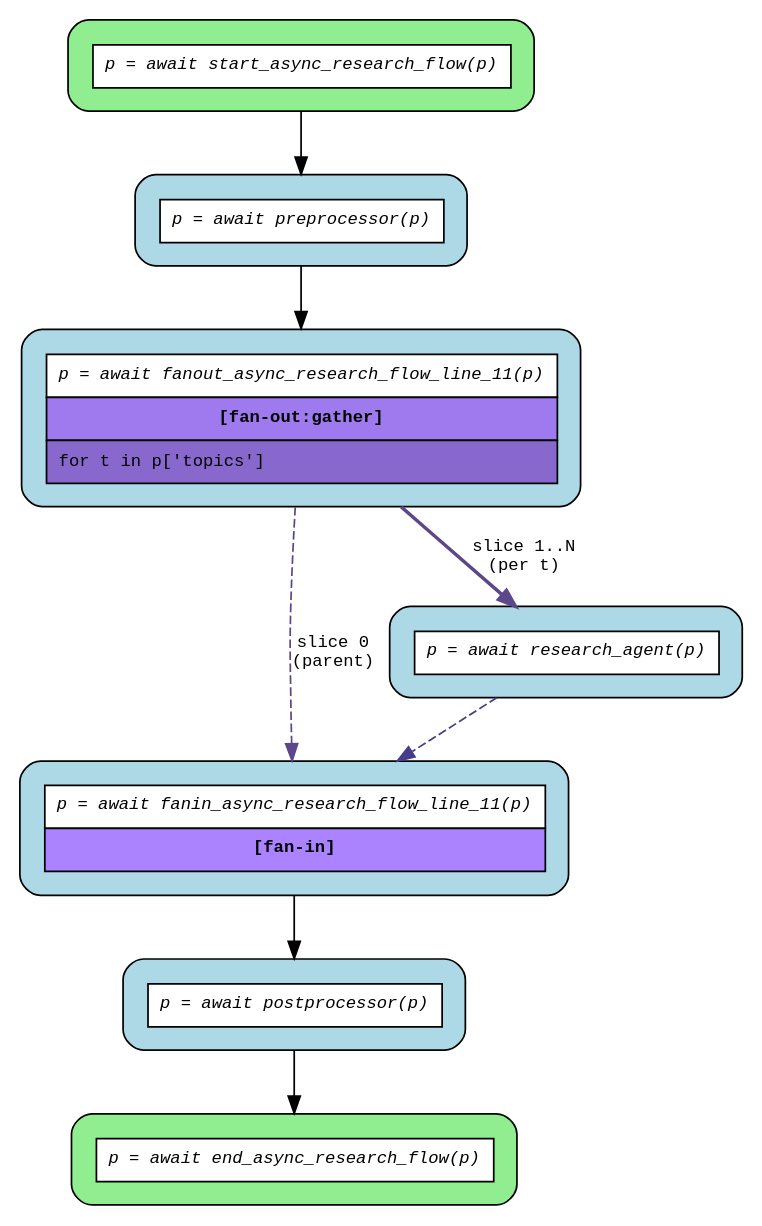
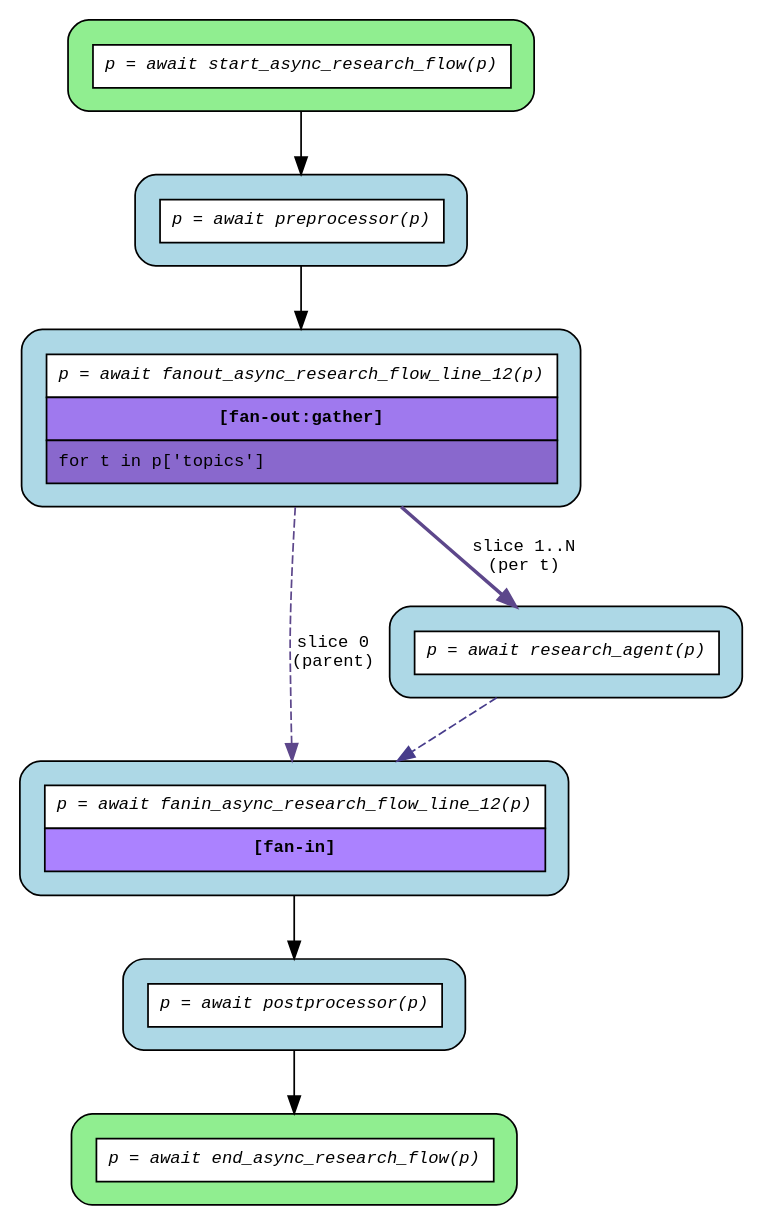
Before and after one commit to deliveryhero/asya: the diagram in examples/flows/compiled/fanout_gather/flow.dot, drawn with Graphviz. The commit also changed 7 other files, not shown here.

```diff
--- a/examples/flows/compiled/fanout_gather/flow.dot
+++ b/examples/flows/compiled/fanout_gather/flow.dot
@@ -1,22 +1,22 @@
 digraph flow {
   rankdir=TB;
   graph [fontname="Courier", fontsize=10];
   node [fontname="Courier", fontsize=10, shape=box, style="filled,rounded", margin="0.2"];
   edge [fontname="Courier", fontsize=10];
 
   start_async_research_flow [fillcolor="lightgreen", group="main", label=<<table border="0" cellspacing="0" cellpadding="6" cellborder="1"><tr><td bgcolor="white" align="center"><i>p = await start_async_research_flow(p)</i></td></tr></table>>];
-  fanout_async_research_flow_line_11 [fillcolor="lightblue", group="main", label=<<table border="0" cellspacing="0" cellpadding="6" cellborder="1"><tr><td bgcolor="white" align="center"><i>p = await fanout_async_research_flow_line_11(p)</i></td></tr><tr><td bgcolor="mediumpurple2" align="center"><b>[fan-out:gather]</b></td></tr><tr><td bgcolor="mediumpurple3" align="left">for t in p['topics']</td></tr></table>>];
+  fanout_async_research_flow_line_12 [fillcolor="lightblue", group="main", label=<<table border="0" cellspacing="0" cellpadding="6" cellborder="1"><tr><td bgcolor="white" align="center"><i>p = await fanout_async_research_flow_line_12(p)</i></td></tr><tr><td bgcolor="mediumpurple2" align="center"><b>[fan-out:gather]</b></td></tr><tr><td bgcolor="mediumpurple3" align="left">for t in p['topics']</td></tr></table>>];
   end_async_research_flow [fillcolor="lightgreen", group="main", label=<<table border="0" cellspacing="0" cellpadding="6" cellborder="1"><tr><td bgcolor="white" align="center"><i>p = await end_async_research_flow(p)</i></td></tr></table>>];
-  fanin_async_research_flow_line_11 [fillcolor="lightblue", label=<<table border="0" cellspacing="0" cellpadding="6" cellborder="1"><tr><td bgcolor="white" align="center"><i>p = await fanin_async_research_flow_line_11(p)</i></td></tr><tr><td bgcolor="mediumpurple1" align="center"><b>[fan-in]</b></td></tr></table>>];
+  fanin_async_research_flow_line_12 [fillcolor="lightblue", label=<<table border="0" cellspacing="0" cellpadding="6" cellborder="1"><tr><td bgcolor="white" align="center"><i>p = await fanin_async_research_flow_line_12(p)</i></td></tr><tr><td bgcolor="mediumpurple1" align="center"><b>[fan-in]</b></td></tr></table>>];
   postprocessor [fillcolor="lightblue", label=<<table border="0" cellspacing="0" cellpadding="6" cellborder="1"><tr><td bgcolor="white" align="center"><i>p = await postprocessor(p)</i></td></tr></table>>];
   preprocessor [fillcolor="lightblue", label=<<table border="0" cellspacing="0" cellpadding="6" cellborder="1"><tr><td bgcolor="white" align="center"><i>p = await preprocessor(p)</i></td></tr></table>>];
   research_agent [fillcolor="lightblue", label=<<table border="0" cellspacing="0" cellpadding="6" cellborder="1"><tr><td bgcolor="white" align="center"><i>p = await research_agent(p)</i></td></tr></table>>];
 
-  fanin_async_research_flow_line_11 -> postprocessor;
-  fanout_async_research_flow_line_11 -> fanin_async_research_flow_line_11 [color=mediumpurple4, label="slice 0\n(parent)", style=dashed];
-  fanout_async_research_flow_line_11 -> research_agent [color=mediumpurple4, label="slice 1..N\n(per t)", style=bold];
+  fanin_async_research_flow_line_12 -> postprocessor;
+  fanout_async_research_flow_line_12 -> fanin_async_research_flow_line_12 [color=mediumpurple4, label="slice 0\n(parent)", style=dashed];
+  fanout_async_research_flow_line_12 -> research_agent [color=mediumpurple4, label="slice 1..N\n(per t)", style=bold];
   postprocessor -> end_async_research_flow;
-  preprocessor -> fanout_async_research_flow_line_11;
-  research_agent -> fanin_async_research_flow_line_11 [color=slateblue4, style=dashed];
+  preprocessor -> fanout_async_research_flow_line_12;
+  research_agent -> fanin_async_research_flow_line_12 [color=slateblue4, style=dashed];
   start_async_research_flow -> preprocessor;
 }
```
